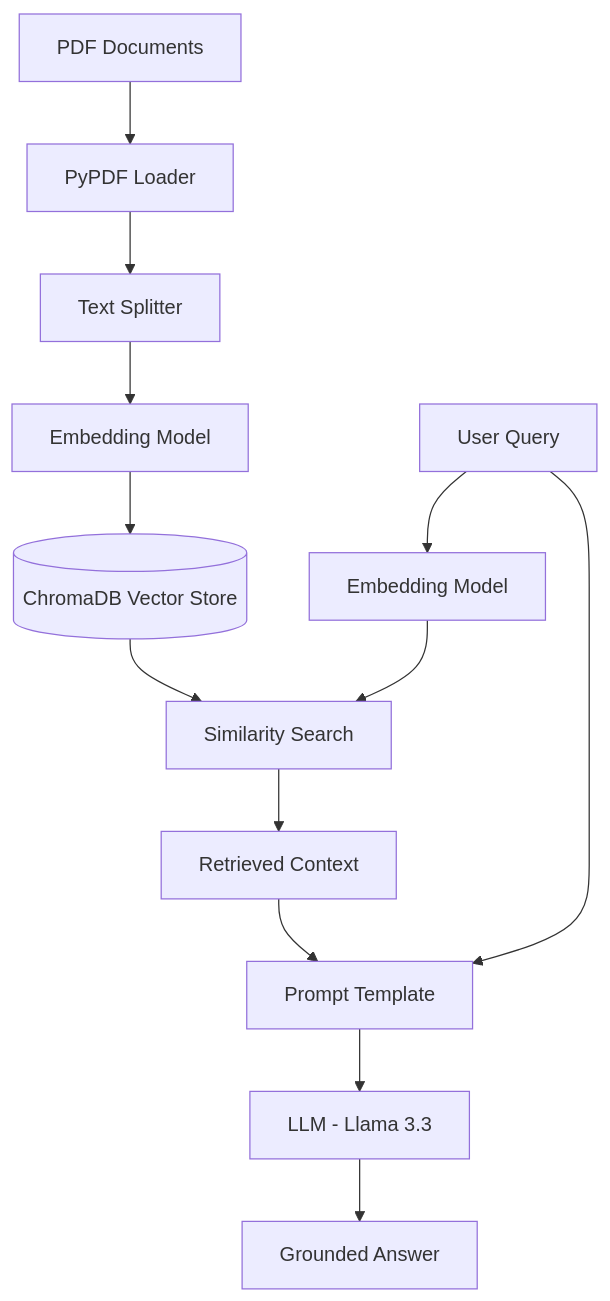
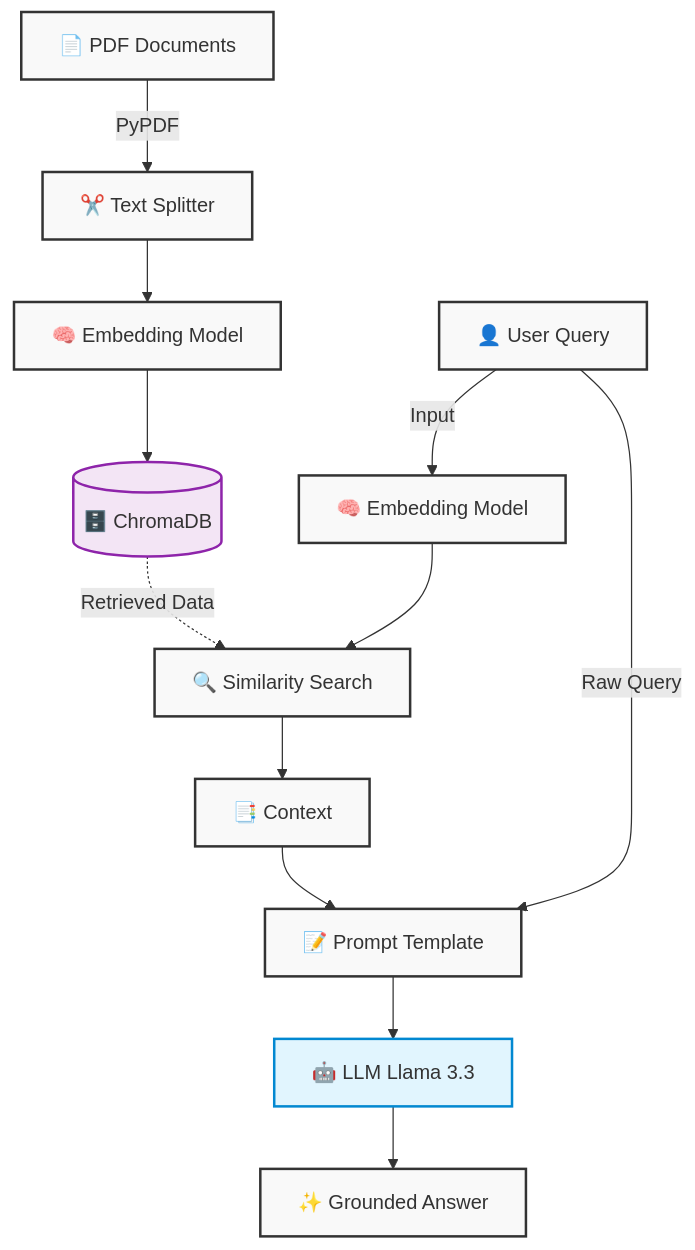
Before and after one commit to Roshann78/Legal-Assist-Chatbot: the diagram in README.md, drawn with Mermaid. The commit also changed other lines of this file, not shown here.

````diff
--- a/README.md
+++ b/README.md
@@ -19,16 +31,20 @@
 ```mermaid
 graph TD
-    A[PDF Documents] --> B[PyPDF Loader]
-    B --> C[Text Splitter]
-    C --> D[Embedding Model]
-    D --> E[(ChromaDB Vector Store)]
+    %% Styling
+    classDef default fill:#f9f9f9,stroke:#333,stroke-width:2px;
+    classDef highlight fill:#e1f5fe,stroke:#0288d1,stroke-width:2px;
+    classDef db fill:#f3e5f5,stroke:#8e24aa,stroke-width:2px;
+
+    A[📄 PDF Documents] -->|PyPDF| B[✂️ Text Splitter]
+    B --> C[🧠 Embedding Model]
+    C --> D[(🗄️ ChromaDB)]:::db
     
-    F[User Query] --> G[Embedding Model]
-    G --> H[Similarity Search]
-    E --> H
-    H --> I[Retrieved Context]
-    I --> J[Prompt Template]
-    F --> J
-    J --> K[LLM - Llama 3.3]
-    K --> L[Grounded Answer]
+    F[👤 User Query] -->|Input| G[🧠 Embedding Model]
+    G --> H[🔍 Similarity Search]
+    D -.->|Retrieved Data| H
+    H --> I[📑 Context]
+    I --> J[📝 Prompt Template]
+    F -->|Raw Query| J
+    J --> K[🤖 LLM Llama 3.3]:::highlight
+    K --> L[✨ Grounded Answer]
 ```
````
